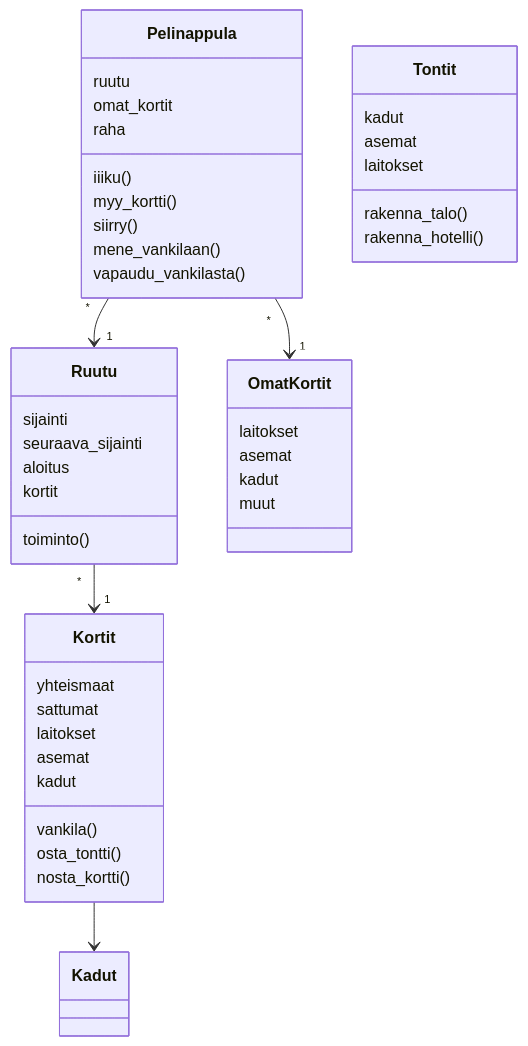
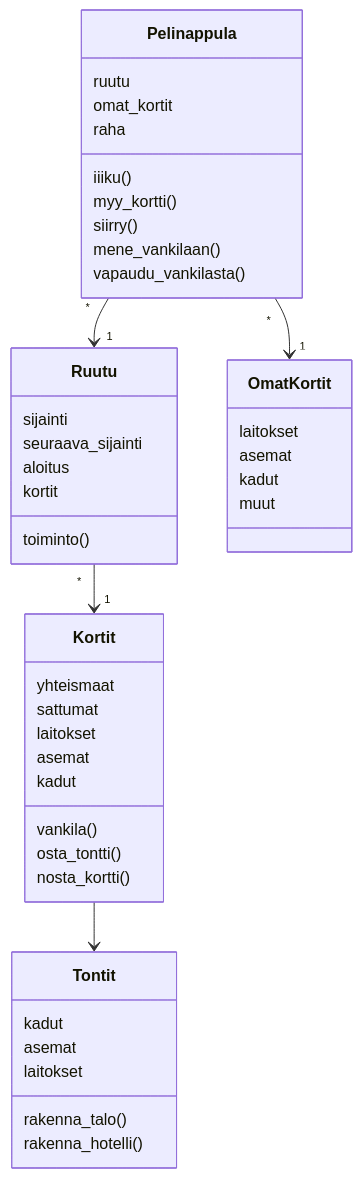
The diagram in laskarit/viikko3/monoply_luokkakaavio.md (ellaverak/ot_harjoitustyo), drawn with Mermaid before and after one commit. The commit also changed other lines of this file, not shown here.

````diff
--- a/laskarit/viikko3/monoply_luokkakaavio.md
+++ b/laskarit/viikko3/monoply_luokkakaavio.md
@@ -7,47 +7,47 @@
 ```mermaid
  classDiagram
       Pelinappula "*" --> "1" Ruutu
       Pelinappula "*" --> "1" OmatKortit
       class Pelinappula{
           ruutu
           omat_kortit
           raha
           iiiku()
           myy_kortti()
           siirry()
           mene_vankilaan()
           vapaudu_vankilasta()
       }
       Ruutu "*" --> "1" Kortit
       class Ruutu{
           sijainti
           seuraava_sijainti
           aloitus
           kortit
           toiminto()
       }
-      Kortit --> Kadut
+      Kortit --> Tontit
       class Kortit{
           yhteismaat
           sattumat
           laitokset
           asemat
           kadut
           vankila()
           osta_tontti()
           nosta_kortti()
       }
       class OmatKortit{
           laitokset
           asemat
           kadut
           muut
       }
       class Tontit{
           kadut
           asemat
           laitokset
           rakenna_talo()
           rakenna_hotelli()
       }
 ```
````
